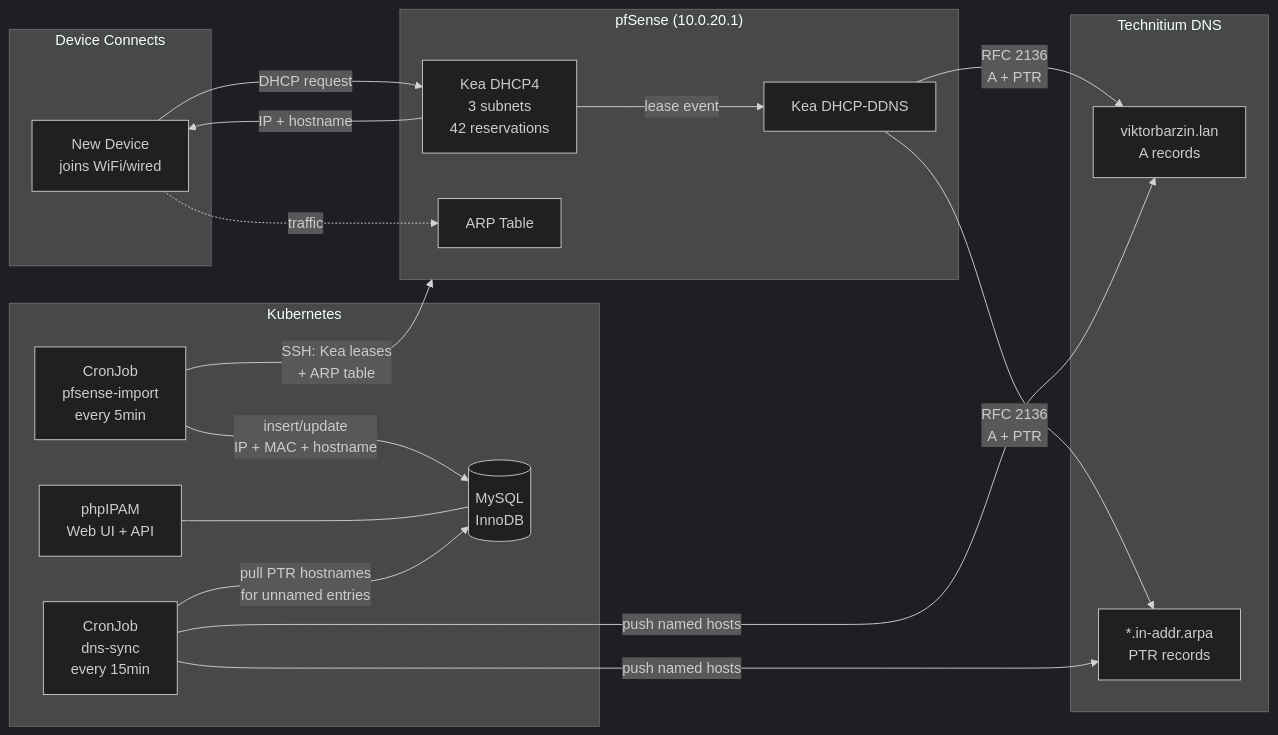
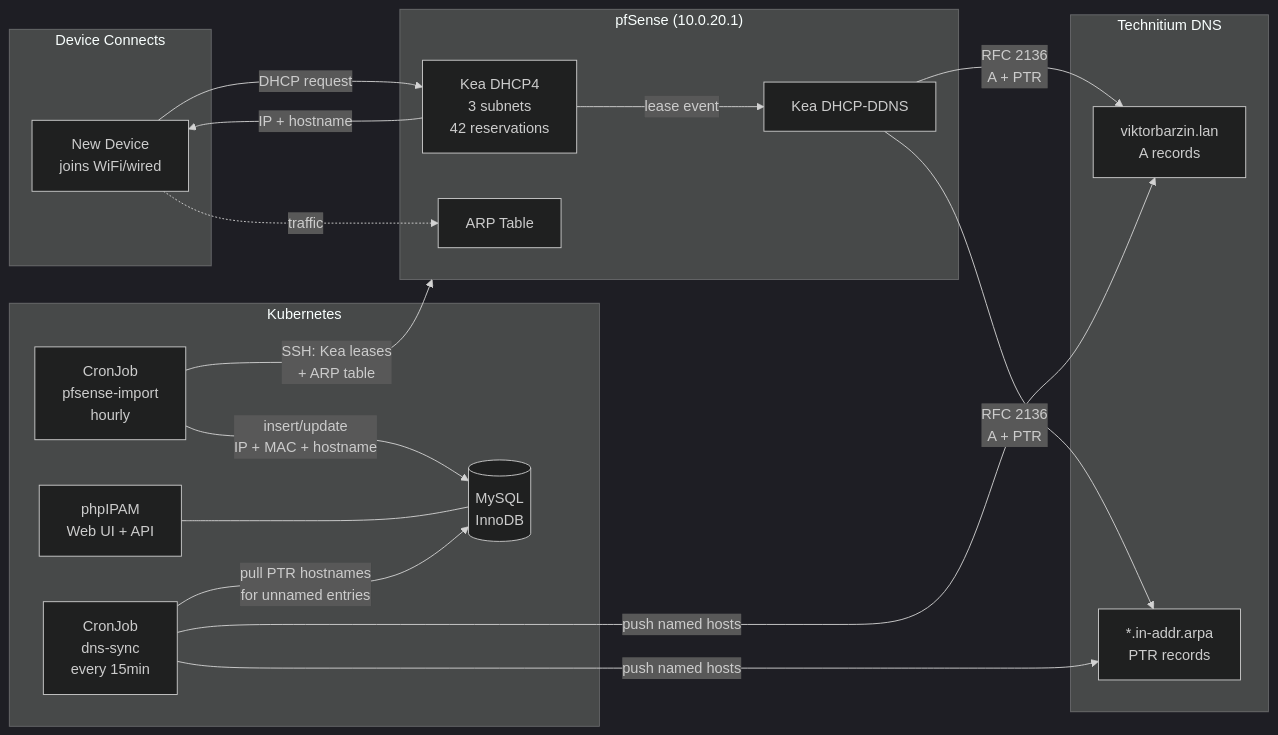
Before and after one commit to ViktorBarzin/infra: the second of 3 diagrams in docs/architecture/networking.md, drawn with Mermaid (dark theme). The commit also changed other lines of this file and 3 other files, not shown here.

First line of the commit message:
phpipam-pfsense-import: every 5min → hourly

````diff
--- a/docs/architecture/networking.md
+++ b/docs/architecture/networking.md
@@ -94,38 +94,38 @@
 ```mermaid
 flowchart LR
     subgraph "Device Connects"
         Device[New Device<br/>joins WiFi/wired]
     end
 
     subgraph pfSense["pfSense (10.0.20.1)"]
         Kea[Kea DHCP4<br/>3 subnets<br/>42 reservations]
         DDNS[Kea DHCP-DDNS]
         ARP[ARP Table]
     end
 
     subgraph K8s["Kubernetes"]
-        Import[CronJob<br/>pfsense-import<br/>every 5min]
+        Import[CronJob<br/>pfsense-import<br/>hourly]
         Sync[CronJob<br/>dns-sync<br/>every 15min]
         IPAM[phpIPAM<br/>Web UI + API]
         MySQL[(MySQL<br/>InnoDB)]
     end
 
     subgraph DNS["Technitium DNS"]
         Forward[viktorbarzin.lan<br/>A records]
         Reverse[*.in-addr.arpa<br/>PTR records]
     end
 
     Device -->|DHCP request| Kea
     Kea -->|IP + hostname| Device
     Kea -->|lease event| DDNS
     DDNS -->|RFC 2136<br/>A + PTR| Forward
     DDNS -->|RFC 2136<br/>A + PTR| Reverse
     Device -.->|traffic| ARP
 
     Import -->|SSH: Kea leases<br/>+ ARP table| pfSense
     Import -->|insert/update<br/>IP + MAC + hostname| MySQL
     IPAM --- MySQL
     Sync -->|push named hosts| Forward
     Sync -->|push named hosts| Reverse
     Sync -->|pull PTR hostnames<br/>for unnamed entries| MySQL
 ```
````
